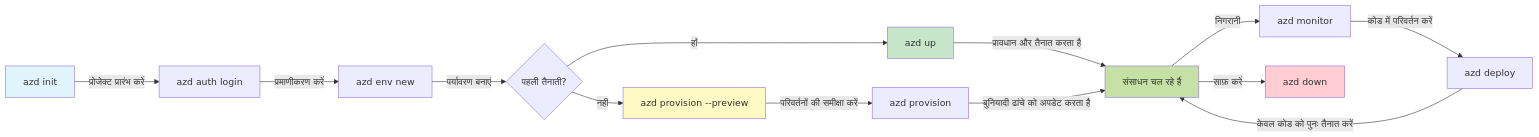
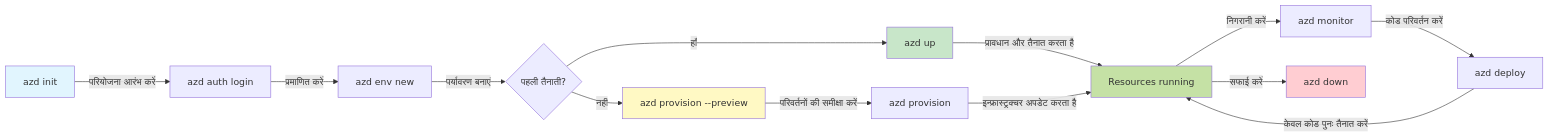
Before and after one commit to microsoft/AZD-for-beginners: the first of 2 diagrams in translations/hi/docs/chapter-01-foundation/azd-basics.md, drawn with Mermaid. The commit also changed other lines of this file and 101 other files, not shown here.

````diff
--- a/translations/hi/docs/chapter-01-foundation/azd-basics.md
+++ b/translations/hi/docs/chapter-01-foundation/azd-basics.md
@@ -269,21 +269,21 @@
 ```mermaid
 graph LR
-    A[azd init] -->|प्रोजेक्ट प्रारंभ करें| B[azd auth login]
-    B -->|प्रमाणीकरण करें| C[azd env new]
+    A[azd init] -->|परियोजना आरंभ करें| B[azd auth login]
+    B -->|प्रमाणित करें| C[azd env new]
     C -->|पर्यावरण बनाएं| D{पहली तैनाती?}
     D -->|हाँ| E[azd up]
     D -->|नहीं| F[azd provision --preview]
     F -->|परिवर्तनों की समीक्षा करें| G[azd provision]
-    E -->|प्रावधान और तैनात करता है| H[संसाधन चल रहे हैं]
-    G -->|बुनियादी ढांचे को अपडेट करता है| H
-    H -->|निगरानी| I[azd monitor]
-    I -->|कोड में परिवर्तन करें| J[azd deploy]
-    J -->|केवल कोड को पुनः तैनात करें| H
-    H -->|साफ़ करें| K[azd down]
+    E -->|प्रावधान और तैनात करता है| H[Resources running]
+    G -->|इन्फ्रास्ट्रक्चर अपडेट करता है| H
+    H -->|निगरानी करें| I[azd monitor]
+    I -->|कोड परिवर्तन करें| J[azd deploy]
+    J -->|केवल कोड पुनः तैनात करें| H
+    H -->|सफाई करें| K[azd down]
     
     style A fill:#e1f5fe
     style E fill:#c8e6c9
     style F fill:#fff9c4
     style H fill:#c5e1a5
     style K fill:#ffcdd2
 ```
````
